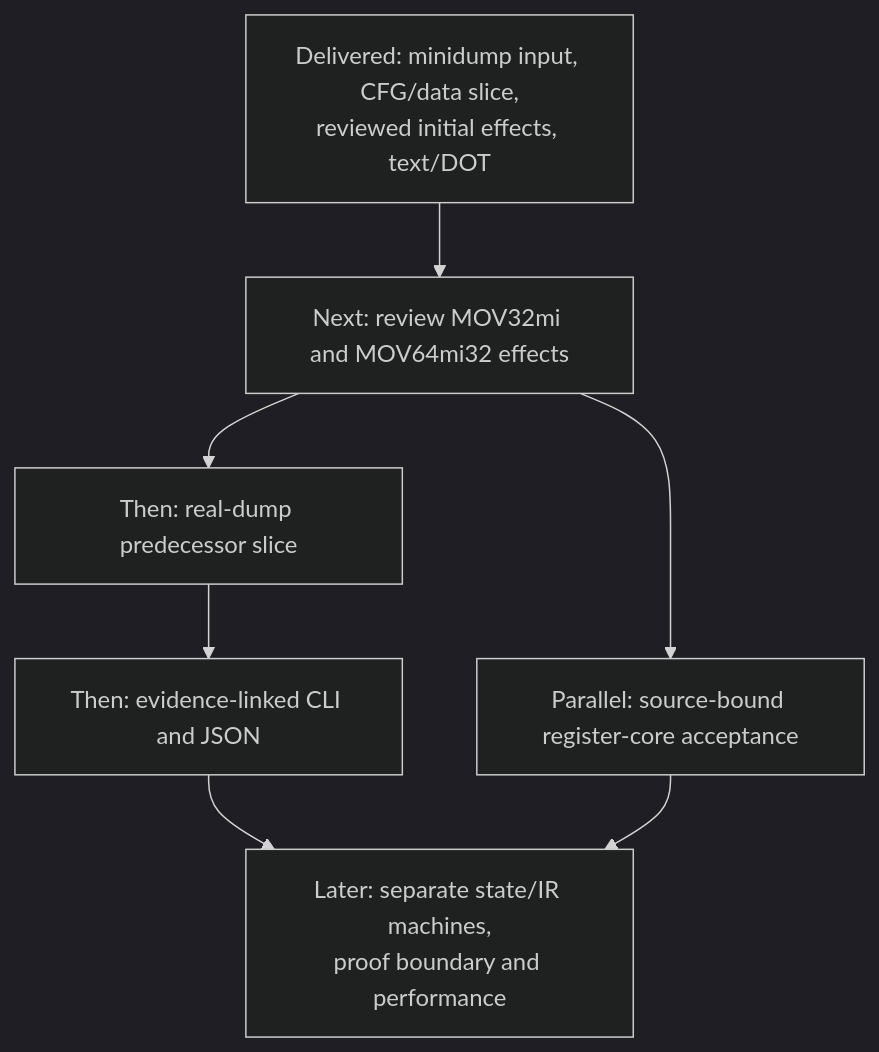
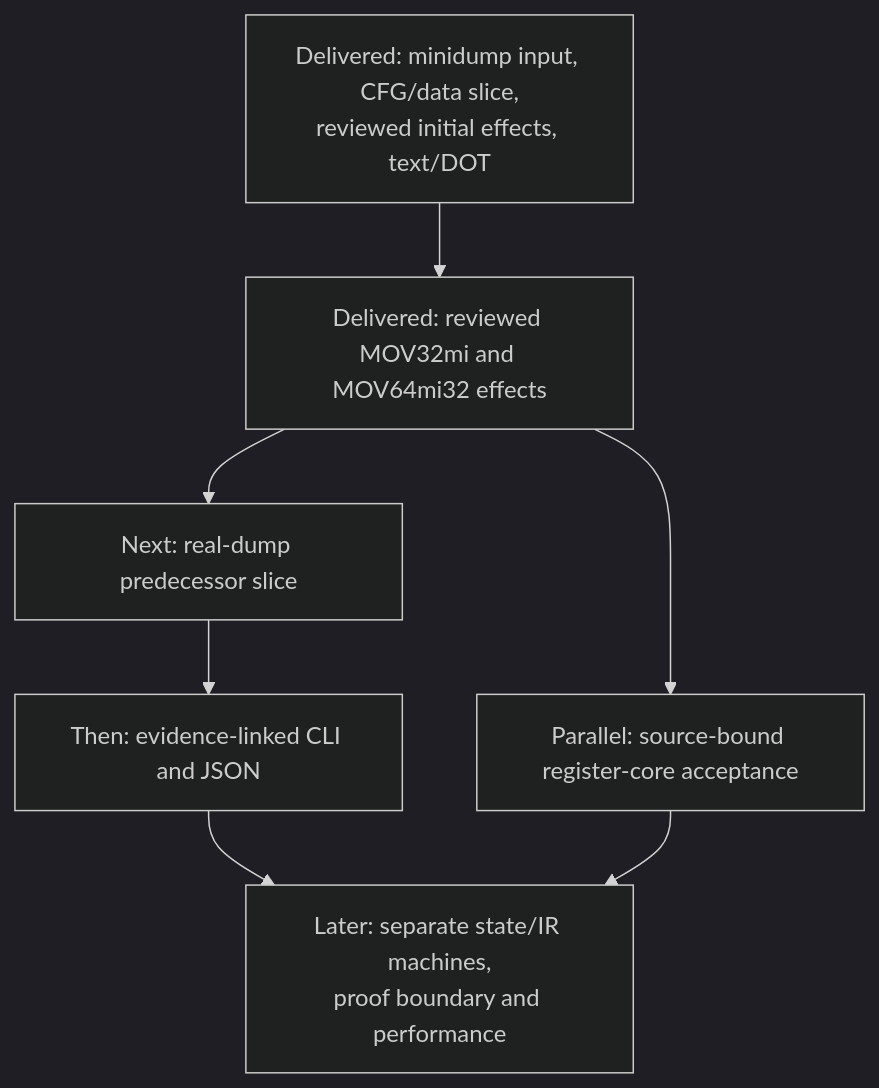
Before and after one commit to NzSN/Ariadne: the second of 2 diagrams in CHECKPOINTS.md, drawn with Mermaid (dark theme). The commit also changed other lines of this file and 19 other files, not shown here.

Commit message:
feat: add reviewed memory-immediate MOV effects

````diff
--- a/CHECKPOINTS.md
+++ b/CHECKPOINTS.md
@@ -114,11 +149,11 @@
 ```mermaid
 flowchart TD
     A["Delivered: minidump input, CFG/data slice,<br/>reviewed initial effects, text/DOT"]
-    B["Next: review MOV32mi and MOV64mi32 effects"]
-    C["Then: real-dump predecessor slice"]
+    B["Delivered: reviewed MOV32mi and MOV64mi32 effects"]
+    C["Next: real-dump predecessor slice"]
     D["Then: evidence-linked CLI and JSON"]
     E["Parallel: source-bound register-core acceptance"]
     F["Later: separate state/IR machines,<br/>proof boundary and performance"]
     A --> B --> C --> D --> F
     B --> E --> F
 ```
````
